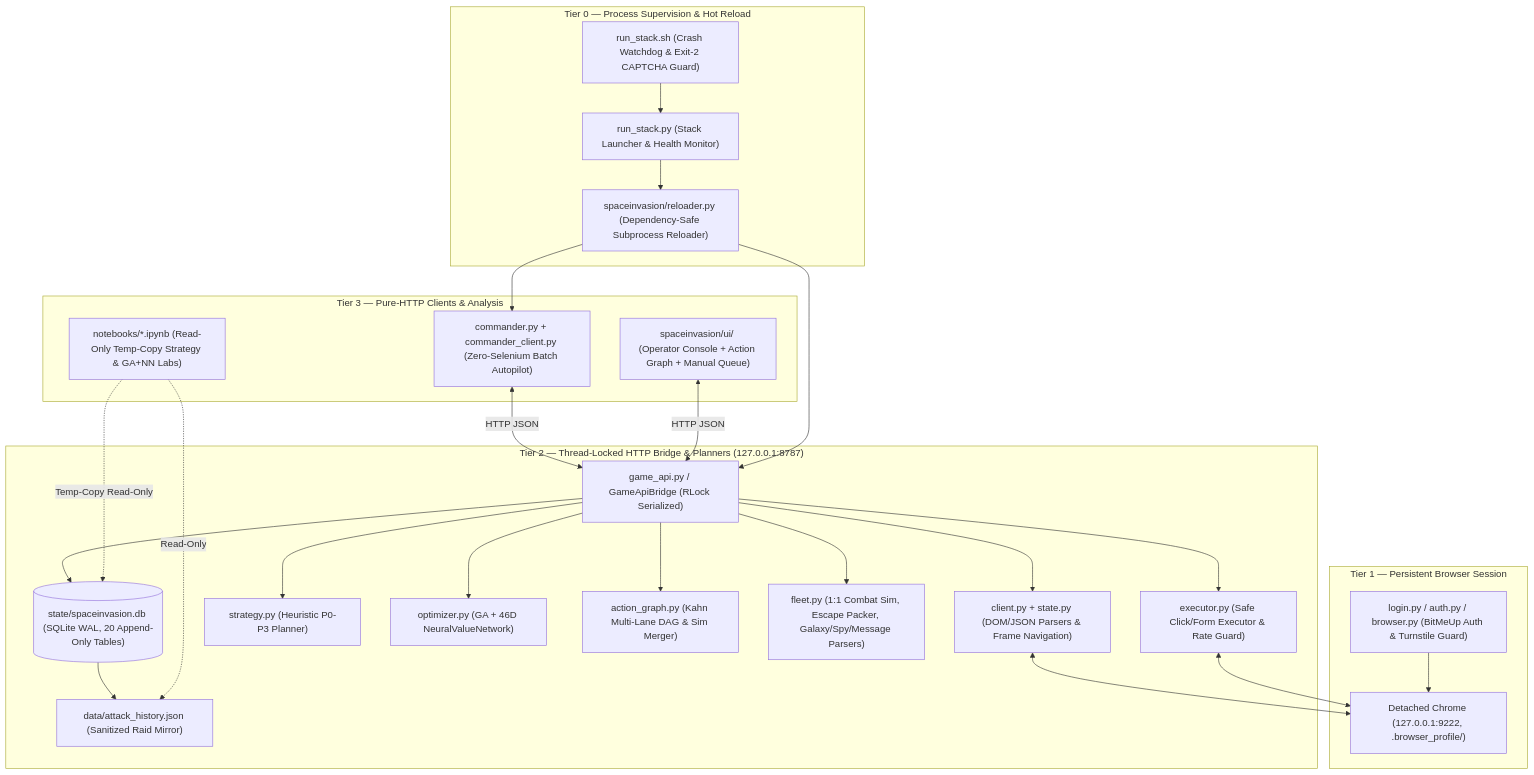
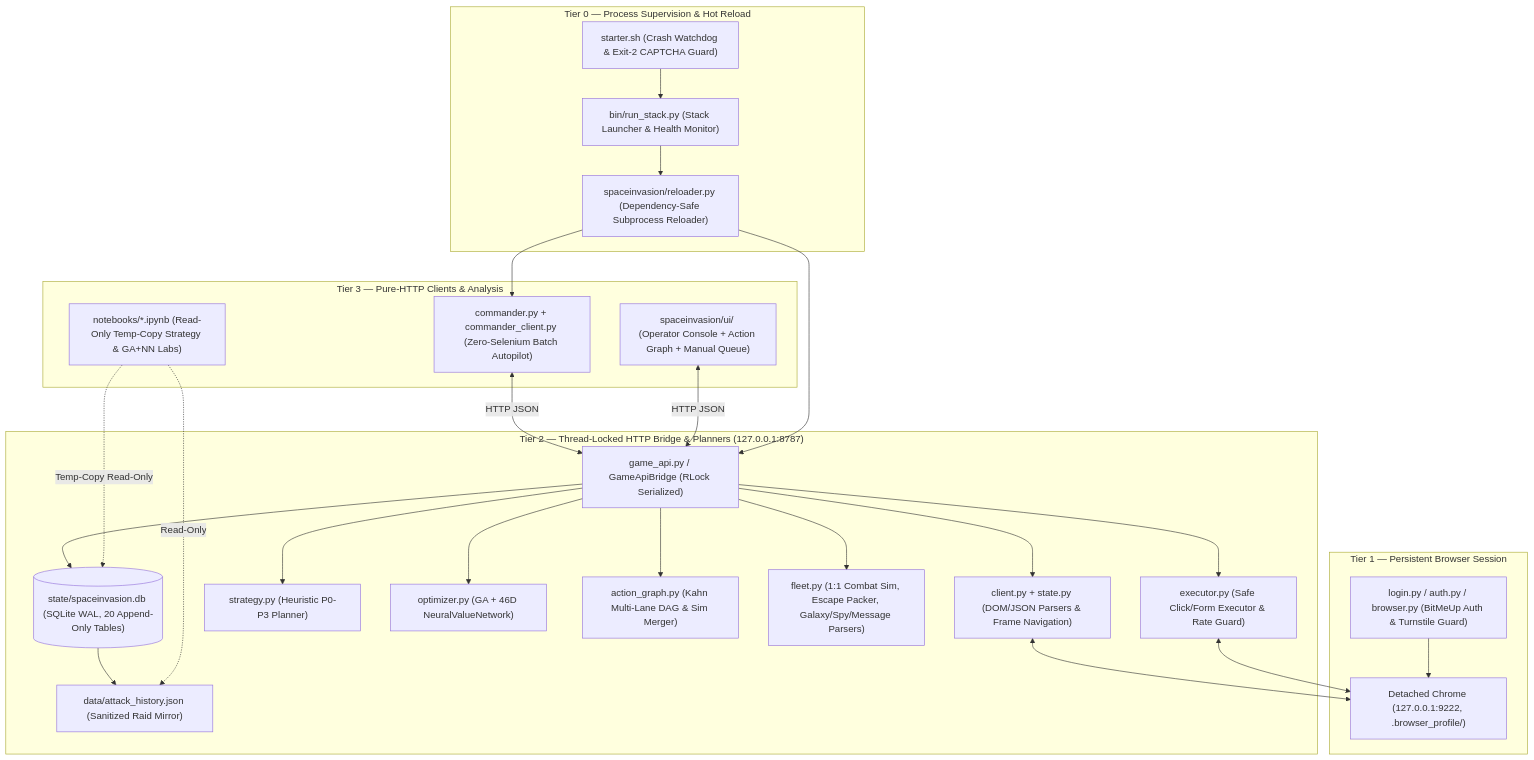
Before and after one commit to vitorecomp/spaceinvasion-autoplayer: the first of 2 diagrams in docs/architecture.md, drawn with Mermaid. The commit also changed other lines of this file and 6 other files, not shown here.

Commit message:
chore(ops): move bin/run_stack.sh to root starter.sh

````diff
--- a/docs/architecture.md
+++ b/docs/architecture.md
@@ -9,53 +9,53 @@
 ```mermaid
 flowchart TB
     subgraph Sup["Tier 0 — Process Supervision & Hot Reload"]
-        SH["run_stack.sh (Crash Watchdog & Exit-2 CAPTCHA Guard)"]
-        RS["run_stack.py (Stack Launcher & Health Monitor)"]
+        SH["starter.sh (Crash Watchdog & Exit-2 CAPTCHA Guard)"]
+        RS["bin/run_stack.py (Stack Launcher & Health Monitor)"]
         RL["spaceinvasion/reloader.py (Dependency-Safe Subprocess Reloader)"]
         SH --> RS
         RS --> RL
     end
 
     subgraph T1["Tier 1 — Persistent Browser Session"]
         CH["Detached Chrome (127.0.0.1:9222, .browser_profile/)"]
         AU["login.py / auth.py / browser.py (BitMeUp Auth & Turnstile Guard)"]
         AU --> CH
     end
 
     subgraph T2["Tier 2 — Thread-Locked HTTP Bridge & Planners (127.0.0.1:8787)"]
         API["game_api.py / GameApiBridge (RLock Serialized)"]
         CL["client.py + state.py (DOM/JSON Parsers & Frame Navigation)"]
         EX["executor.py (Safe Click/Form Executor & Rate Guard)"]
         PRIO["strategy.py (Heuristic P0-P3 Planner)"]
         GANN["optimizer.py (GA + 46D NeuralValueNetwork)"]
         DAG["action_graph.py (Kahn Multi-Lane DAG & Sim Merger)"]
         FLT["fleet.py (1:1 Combat Sim, Escape Packer, Galaxy/Spy/Message Parsers)"]
         DB[("state/spaceinvasion.db (SQLite WAL, 20 Append-Only Tables)")]
         MIR["data/attack_history.json (Sanitized Raid Mirror)"]
 
         API --> CL
         API --> EX
         API --> PRIO
         API --> GANN
         API --> DAG
         API --> FLT
         API --> DB
         DB --> MIR
         CL <--> CH
         EX <--> CH
     end
 
     subgraph T3["Tier 3 — Pure-HTTP Clients & Analysis"]
         CMD["commander.py + commander_client.py (Zero-Selenium Batch Autopilot)"]
         UI["spaceinvasion/ui/ (Operator Console + Action Graph + Manual Queue)"]
         NB["notebooks/*.ipynb (Read-Only Temp-Copy Strategy & GA+NN Labs)"]
 
         CMD <-->|"HTTP JSON"| API
         UI <-->|"HTTP JSON"| API
         NB -.->|"Temp-Copy Read-Only"| DB
         NB -.->|"Read-Only"| MIR
     end
 
     RL --> API
     RL --> CMD
 ```
````
